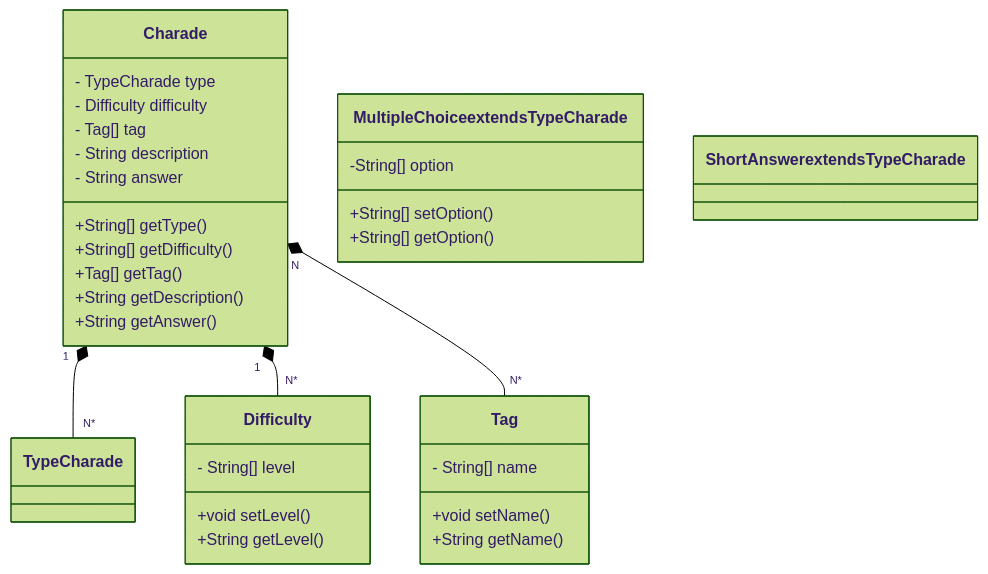
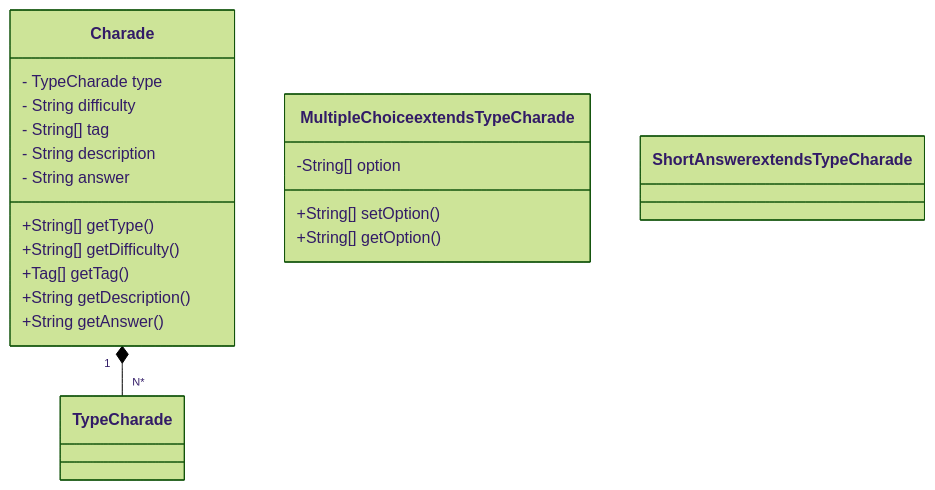
Before and after one commit to danielasegadilha/Spring-boot-game: the diagram in README.md, drawn with Mermaid (forest theme).

Commit message:
Update charade class from README.md

````diff
--- a/README.md
+++ b/README.md
@@ -24,40 +24,29 @@
 ```mermaid
 classDiagram
     class Charade {
         - TypeCharade type
-        - Difficulty difficulty
-        - Tag[] tag
+        - String difficulty
+        - String[] tag
         - String description
         - String answer
         +String[] getType()
         +String[] getDifficulty()
         +Tag[] getTag()
         +String getDescription()
         +String getAnswer()
     }
     class TypeCharade {
     }
     class MultipleChoice extends TypeCharade {
         -String[] option
         +String[] setOption()
         +String[] getOption()
     }
 
     class ShortAnswer extends TypeCharade {
     }
-    class Difficulty {
-        - String[] level
-        +void setLevel()
-        +String getLevel()
-    }
-    class Tag {
-        - String[] name
-        +void setName()
-        +String getName()
-    }
+
     
+    Charade "1" *-- "N*" TypeCharade
 
-    Charade "1" *-- "N*" TypeCharade
-    Charade "1" *-- "N*" Difficulty
-    Charade "N" *-- "N*" Tag
 ```
````
